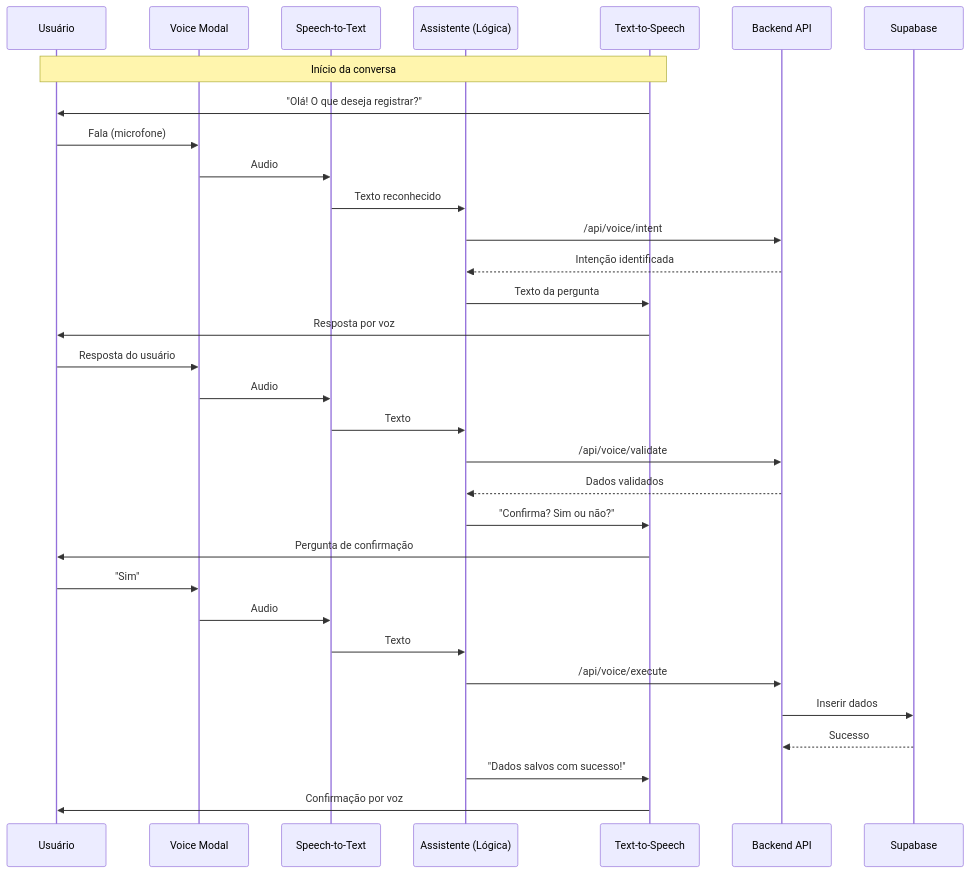
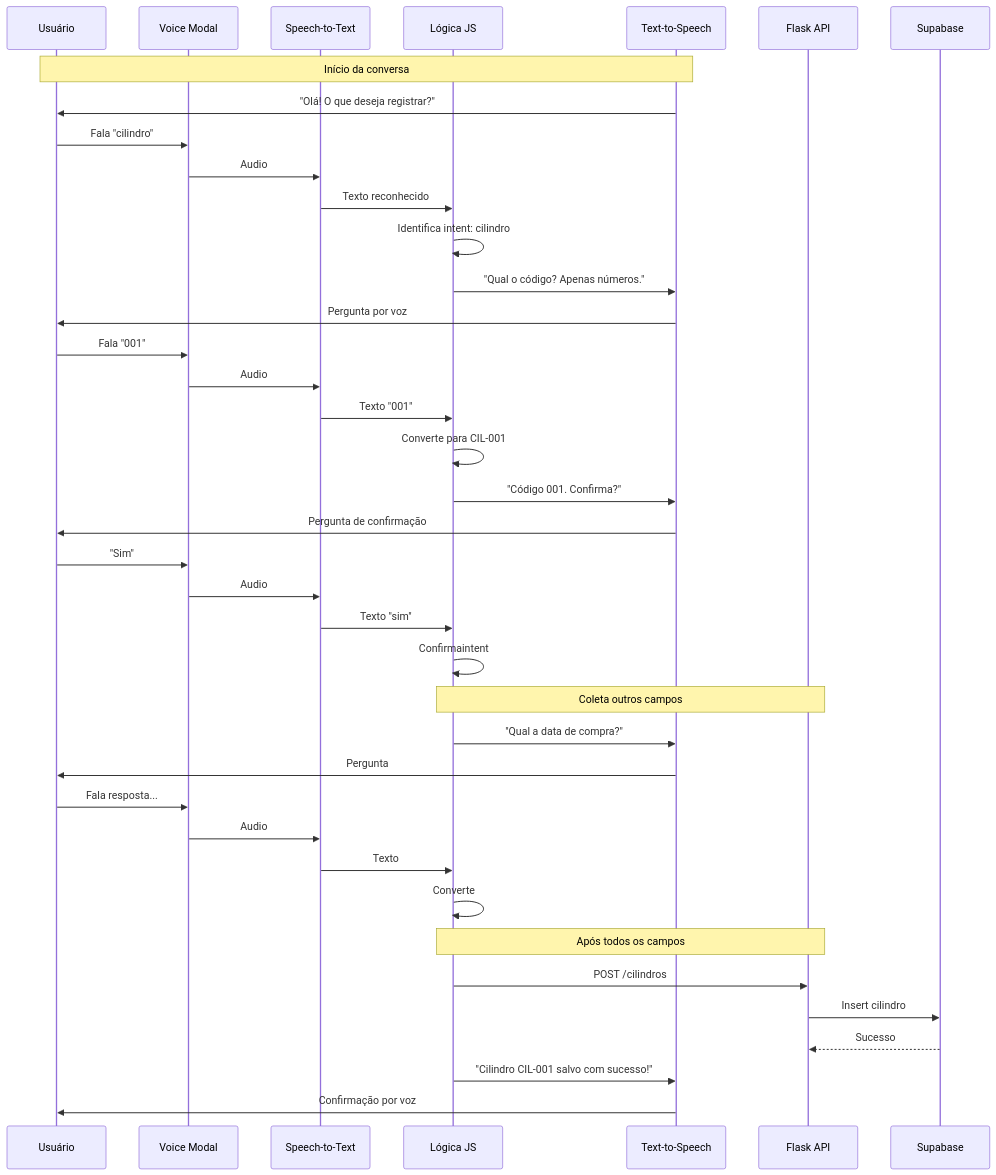
The diagram in VOICE_ASSISTANT_PLAN.md (cavalcanteprofissional/lagbas-manager), drawn with Mermaid before and after one commit. The commit also changed other lines of this file, not shown here.

First line of the commit message:
docs: atualiza plano para Fase 1 - Cilindro Only MVP

````diff
--- a/VOICE_ASSISTANT_PLAN.md
+++ b/VOICE_ASSISTANT_PLAN.md
@@ -61,41 +59,51 @@
 ```mermaid
 sequenceDiagram
     participant U as Usuário
     participant V as Voice Modal
     participant S as Speech-to-Text
-    participant A as Assistente (Lógica)
+    participant A as Lógica JS
     participant T as Text-to-Speech
-    participant API as Backend API
+    participant API as Flask API
     participant DB as Supabase
 
     Note over U,T: Início da conversa
     T->>U: "Olá! O que deseja registrar?"
     
-    U->>V: Fala (microfone)
+    U->>V: Fala "cilindro"
     V->>S: Audio
     S->>A: Texto reconhecido
-    A->>API: /api/voice/intent
-    API-->>A: Intenção identificada
+    A->>A: Identifica intent: cilindro
     
-    A->>T: Texto da pergunta
-    T->>U: Resposta por voz
+    A->>T: "Qual o código? Apenas números."
+    T->>U: Pergunta por voz
     
-    U->>V: Resposta do usuário
+    U->>V: Fala "001"
     V->>S: Audio
-    S->>A: Texto
-    A->>API: /api/voice/validate
-    API-->>A: Dados validados
+    S->>A: Texto "001"
+    A->>A: Converte para CIL-001
     
-    A->>T: "Confirma? Sim ou não?"
+    A->>T: "Código 001. Confirma?"
     T->>U: Pergunta de confirmação
     
     U->>V: "Sim"
     V->>S: Audio
+    S->>A: Texto "sim"
+    A->>A: Confirmaintent
+    
+    Note over A,API: Coleta outros campos
+    A->>T: "Qual a data de compra?"
+    T->>U: Pergunta
+    
+    U->>V: Fala resposta...
+    V->>S: Audio
     S->>A: Texto
-    A->>API: /api/voice/execute
-    API->>DB: Inserir dados
+    A->>A: Converte
+    
+    Note over A,API: Após todos os campos
+    A->>API: POST /cilindros
+    API->>DB: Insert cilindro
     DB-->>API: Sucesso
     
-    A->>T: "Dados salvos com sucesso!"
+    A->>T: "Cilindro CIL-001 salvo com sucesso!"
     T->>U: Confirmação por voz
 ```
````
